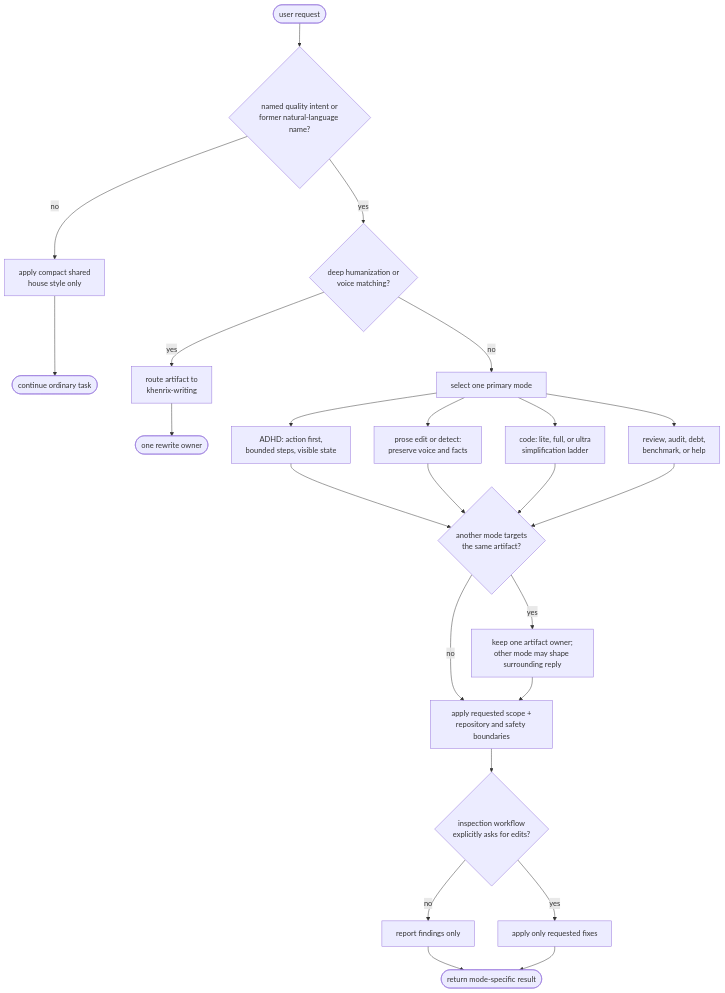
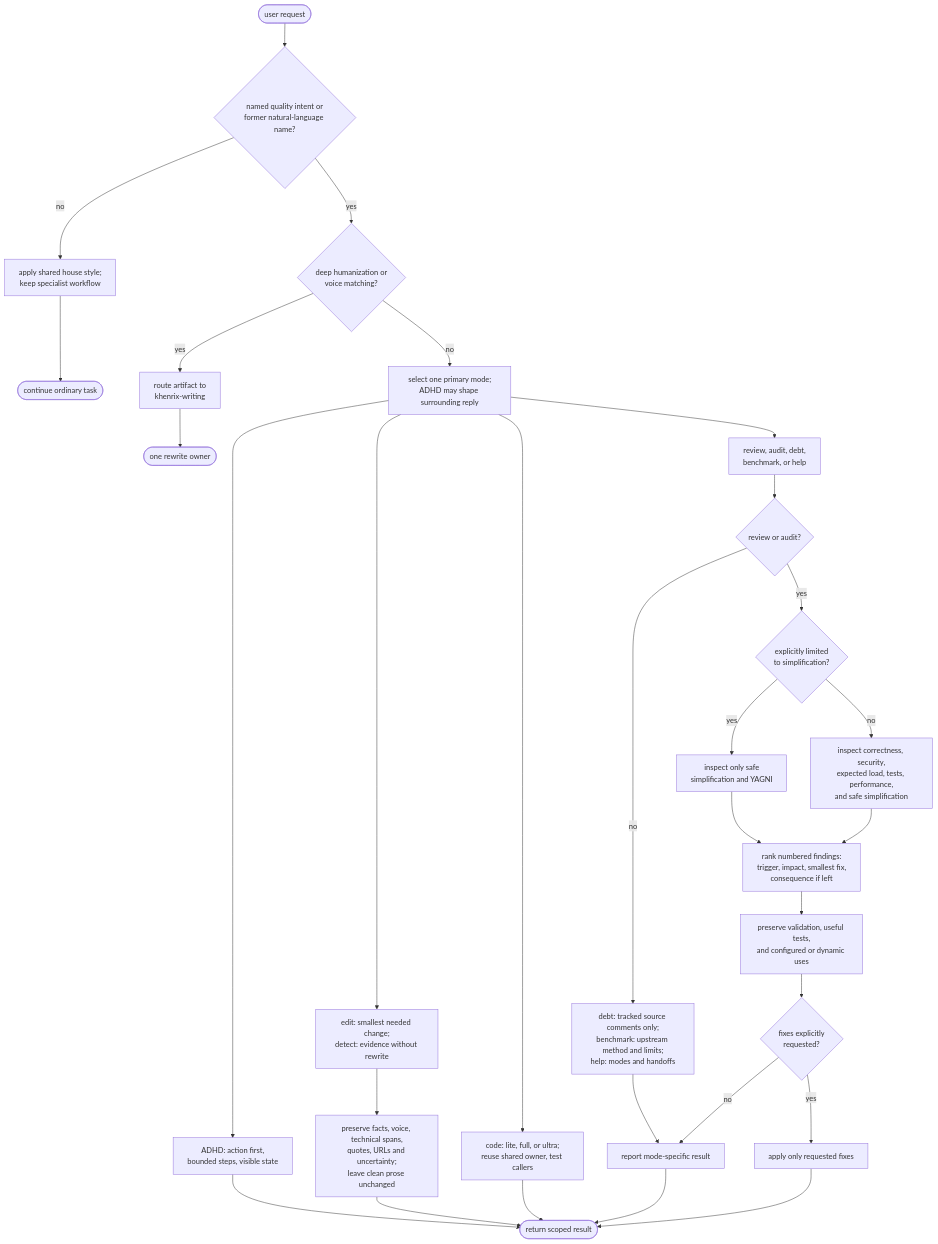
One commit to khenrix/khenrix-utils changed the diagram in docs/skill-charts/khenrix-quality.md. Above: the diagram before and after it, drawn with Mermaid. The commit also changed other lines of this file and 58 other files, not shown here.

Commit message:
Refresh khenrix-quality and verify cross-CLI delivery

````diff
--- a/docs/skill-charts/khenrix-quality.md
+++ b/docs/skill-charts/khenrix-quality.md
@@ -7,29 +7,34 @@
 ```mermaid
 flowchart TD
     accTitle: khenrix-quality flow
-    accDescr: Route explicit ADHD, prose edit or detection, code minimality, and focused code-inspection requests to one mode. Deep humanization goes to khenrix-writing. Preserve facts, repository conventions, safety controls, and useful tests.
+    accDescr: Route explicit quality requests to ADHD, minimal prose edit or evidence-only detection, code, or read-only inspection. Explicit review and audit cover engineering risks unless narrowed. Preserve technical spans, useful tests, shared behavior, dynamic callers, and benchmark provenance.
 
     START([user request]) --> G_EXPLICIT{named quality intent or<br/>former natural-language name?}
-    G_EXPLICIT -- no --> DEFAULT[apply compact shared<br/>house style only] --> DONE_D([continue ordinary task])
+    G_EXPLICIT -- no --> DEFAULT[apply shared house style;<br/>keep specialist workflow] --> DONE_D([continue ordinary task])
     G_EXPLICIT -- yes --> G_WRITING{deep humanization or<br/>voice matching?}
     G_WRITING -- yes --> WRITING[route artifact to<br/>khenrix-writing] --> DONE_W([one rewrite owner])
-    G_WRITING -- no --> ROUTE[select one primary mode]
+    G_WRITING -- no --> ROUTE[select one primary mode;<br/>ADHD may shape surrounding reply]
 
     ROUTE --> ADHD[ADHD: action first,<br/>bounded steps, visible state]
-    ROUTE --> PROSE[prose edit or detect:<br/>preserve voice and facts]
-    ROUTE --> CODE[code: lite, full, or ultra<br/>simplification ladder]
+    ROUTE --> PROSE[edit: smallest needed change;<br/>detect: evidence without rewrite]
+    PROSE --> PRESERVE[preserve facts, voice, technical spans,<br/>quotes, URLs and uncertainty;<br/>leave clean prose unchanged]
+    ROUTE --> CODE[code: lite, full, or ultra;<br/>reuse shared owner, test callers]
     ROUTE --> INSPECT[review, audit, debt,<br/>benchmark, or help]
-
-    ADHD --> G_OWNER{another mode targets<br/>the same artifact?}
-    PROSE --> G_OWNER
-    CODE --> G_OWNER
-    INSPECT --> G_OWNER
-    G_OWNER -- yes --> SINGLE[keep one artifact owner;<br/>other mode may shape surrounding reply]
-    G_OWNER -- no --> BOUNDS[apply requested scope +<br/>repository and safety boundaries]
-    SINGLE --> BOUNDS
-    BOUNDS --> G_WRITE{inspection workflow<br/>explicitly asks for edits?}
-    G_WRITE -- no --> READONLY[report findings only]
+    INSPECT --> G_SCOPE{review or audit?}
+    G_SCOPE -- yes --> G_NARROW{explicitly limited<br/>to simplification?}
+    G_NARROW -- yes --> NARROW[inspect only safe<br/>simplification and YAGNI]
+    G_NARROW -- no --> BROAD[inspect correctness, security,<br/>expected load, tests, performance,<br/>and safe simplification]
+    NARROW --> FINDINGS[rank numbered findings:<br/>trigger, impact, smallest fix,<br/>consequence if left]
+    BROAD --> FINDINGS
+    FINDINGS --> DYNAMIC[preserve validation, useful tests,<br/>and configured or dynamic uses]
+    G_SCOPE -- no --> OTHER[debt: tracked source comments only;<br/>benchmark: upstream method and limits;<br/>help: modes and handoffs]
+    DYNAMIC --> G_WRITE{fixes explicitly<br/>requested?}
+    OTHER --> READONLY[report mode-specific result]
+    G_WRITE -- no --> READONLY
     G_WRITE -- yes --> APPLY[apply only requested fixes]
-    READONLY --> DONE([return mode-specific result])
+    ADHD --> DONE([return scoped result])
+    PRESERVE --> DONE
+    CODE --> DONE
+    READONLY --> DONE
     APPLY --> DONE
 ```
````
